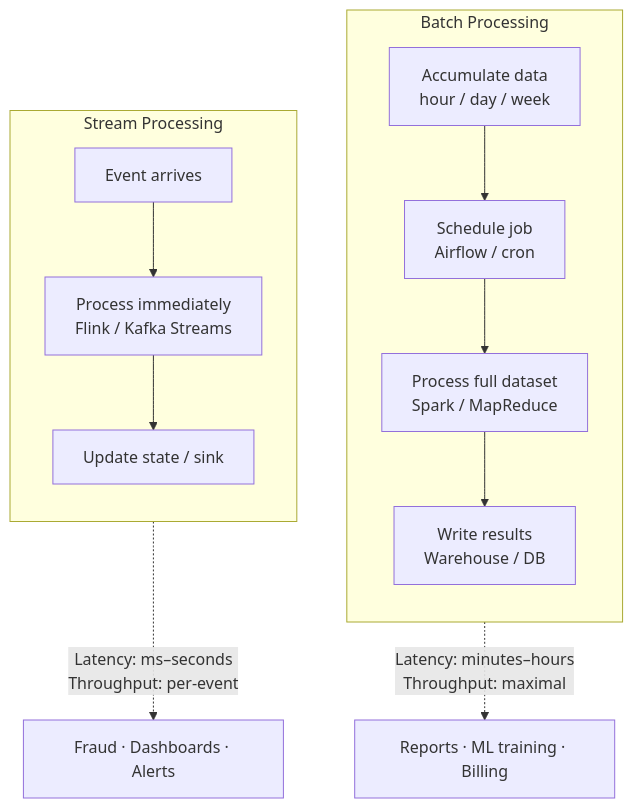
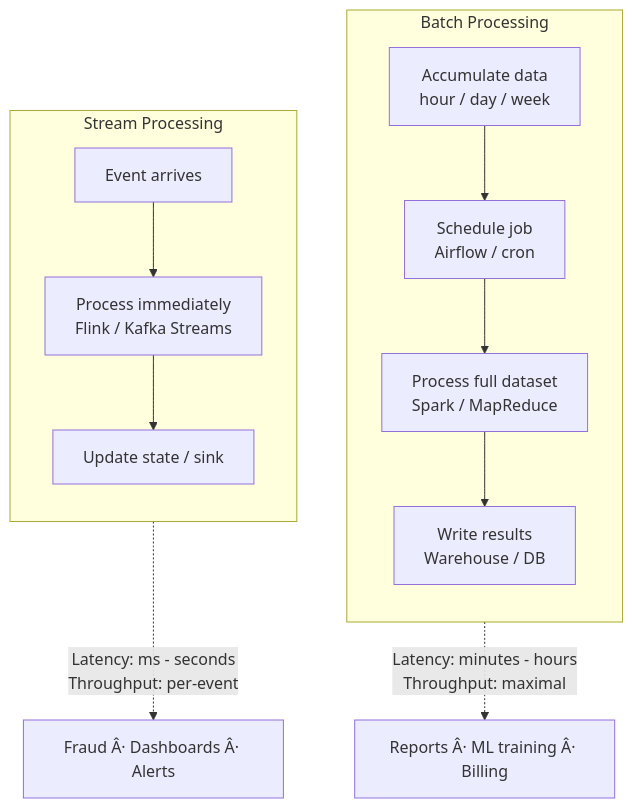
The second of 3 diagrams in 15-big-data/README.md (hareramcse/SystemDesign), drawn with Mermaid before and after one commit. The commit also changed other lines of this file and 16 other files, not shown here.

````diff
--- a/15-big-data/README.md
+++ b/15-big-data/README.md
@@ -274,20 +64,20 @@
 ```mermaid
 flowchart TB
     subgraph Batch["Batch Processing"]
         direction TB
         S1[Accumulate data\nhour / day / week]
         S2[Schedule job\nAirflow / cron]
         S3[Process full dataset\nSpark / MapReduce]
         S4[Write results\nWarehouse / DB]
         S1 --> S2 --> S3 --> S4
     end
     subgraph Stream["Stream Processing"]
         direction TB
         E1[Event arrives]
         E2[Process immediately\nFlink / Kafka Streams]
         E3[Update state / sink]
         E1 --> E2 --> E3
     end
-    Batch -.->|Latency: minutes–hours\nThroughput: maximal| KPI1[Reports · ML training · Billing]
-    Stream -.->|Latency: ms–seconds\nThroughput: per-event| KPI2[Fraud · Dashboards · Alerts]
+    Batch -.->|Latency: minutes - hours\nThroughput: maximal| KPI1[Reports Â· ML training Â· Billing]
+    Stream -.->|Latency: ms - seconds\nThroughput: per-event| KPI2[Fraud Â· Dashboards Â· Alerts]
 ```
````
